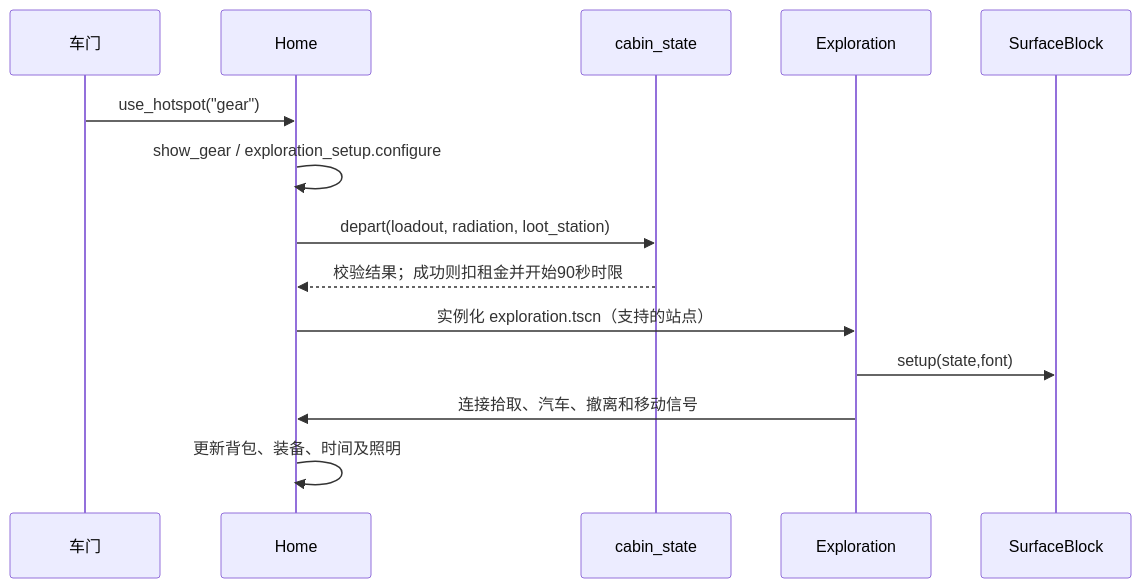
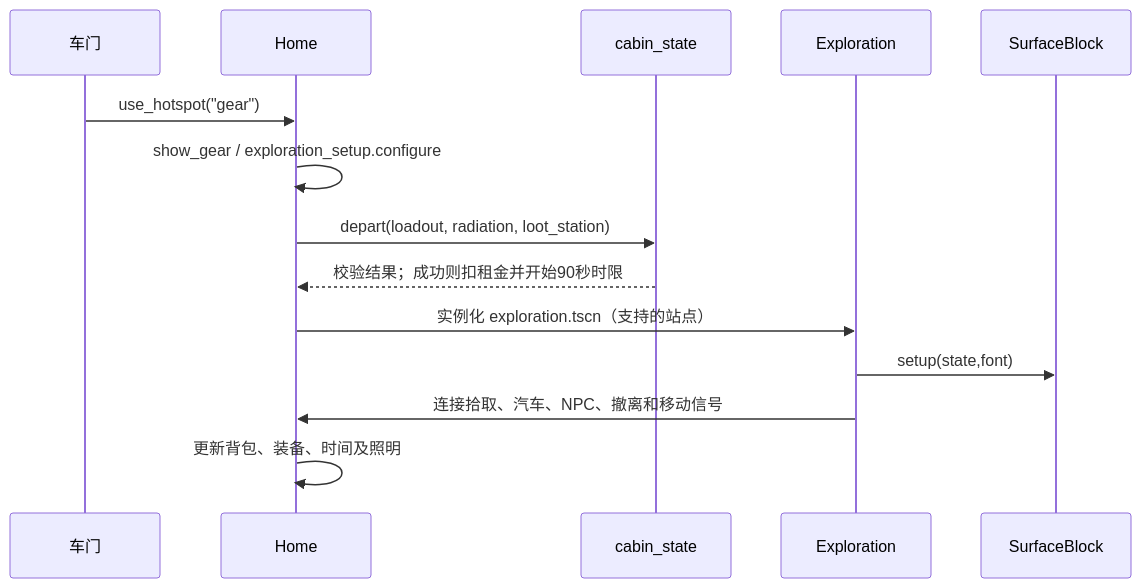
Before and after one commit to BlackAndreDavid/Metro: the diagram in Game/EXPLORATION_ARCHITECTURE.md, drawn with Mermaid. The commit also changed other lines of this file and 9 other files, not shown here.

````diff
--- a/Game/EXPLORATION_ARCHITECTURE.md
+++ b/Game/EXPLORATION_ARCHITECTURE.md
@@ -45,16 +49,16 @@
 ```mermaid
 sequenceDiagram
     participant Door as 车门
     participant Home
     participant State as cabin_state
     participant Page as Exploration
     participant Block as SurfaceBlock
     Door->>Home: use_hotspot("gear")
     Home->>Home: show_gear / exploration_setup.configure
     Home->>State: depart(loadout, radiation, loot_station)
     State-->>Home: 校验结果；成功则扣租金并开始90秒时限
     Home->>Page: 实例化 exploration.tscn（支持的站点）
     Page->>Block: setup(state,font)
-    Page->>Home: 连接拾取、汽车、撤离和移动信号
+    Page->>Home: 连接拾取、汽车、NPC、撤离和移动信号
     Home->>Home: 更新背包、装备、时间及照明
 ```
````
